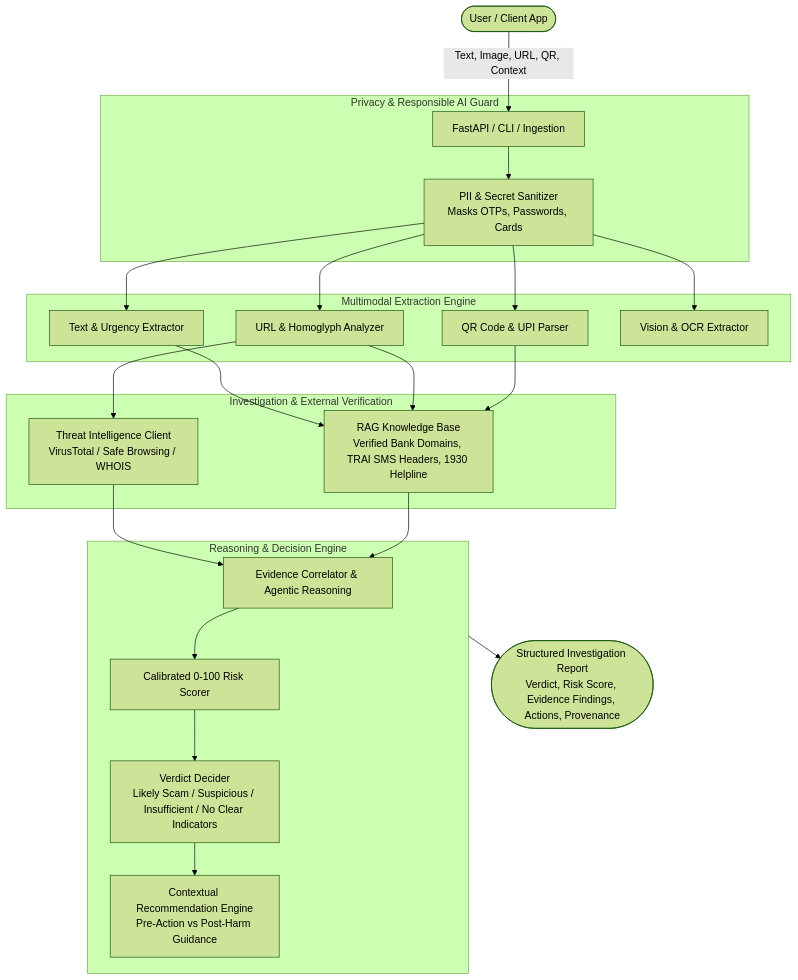
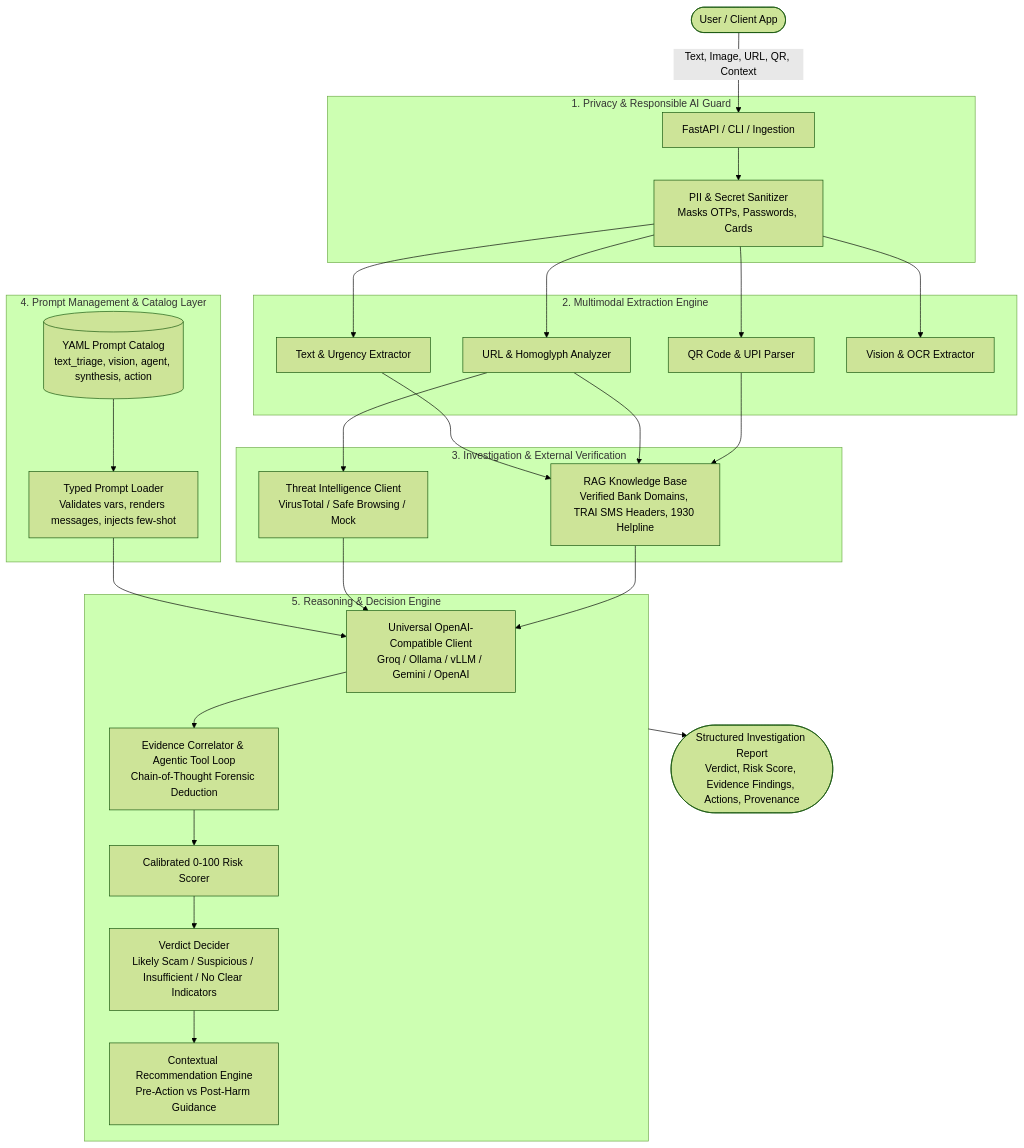
One commit to VishnuGopireddy/ScamLens-AI changed the diagram in docs/architecture.md. Above: the diagram before and after it, drawn with Mermaid (forest theme). The commit also changed other lines of this file and 14 other files, not shown here.

Commit message:
feat: add prompt management catalog, loader, and sample LLM notebook

````diff
--- a/docs/architecture.md
+++ b/docs/architecture.md
@@ -11,30 +11,36 @@
 ```mermaid
 flowchart TD
     User([User / Client App]) -->|Text, Image, URL, QR, Context| API[FastAPI / CLI / Ingestion]
     
-    subgraph PrivacyLayer [Privacy & Responsible AI Guard]
+    subgraph PrivacyLayer [1. Privacy & Responsible AI Guard]
         API --> Redactor[PII & Secret Sanitizer\nMasks OTPs, Passwords, Cards]
     end
 
-    subgraph Extractors [Multimodal Extraction Engine]
+    subgraph Extractors [2. Multimodal Extraction Engine]
         Redactor --> TextExt[Text & Urgency Extractor]
         Redactor --> URLExt[URL & Homoglyph Analyzer]
         Redactor --> QRExt[QR Code & UPI Parser]
         Redactor --> VisionExt[Vision & OCR Extractor]
     end
 
-    subgraph Verification [Investigation & External Verification]
-        URLExt --> ThreatIntel[Threat Intelligence Client\nVirusTotal / Safe Browsing / WHOIS]
+    subgraph Verification [3. Investigation & External Verification]
+        URLExt --> ThreatIntel[Threat Intelligence Client\nVirusTotal / Safe Browsing / Mock]
         TextExt & URLExt & QRExt --> RAG[RAG Knowledge Base\nVerified Bank Domains, TRAI SMS Headers, 1930 Helpline]
     end
 
-    subgraph DecisionEngine [Reasoning & Decision Engine]
-        ThreatIntel --> Correlator[Evidence Correlator & Agentic Reasoning]
-        RAG --> Correlator
+    subgraph PromptLayer [4. Prompt Management & Catalog Layer]
+        PromptYAML[(YAML Prompt Catalog\ntext_triage, vision, agent, synthesis, action)] --> PromptLoader[Typed Prompt Loader\nValidates vars, renders messages, injects few-shot]
+    end
+
+    subgraph DecisionEngine [5. Reasoning & Decision Engine]
+        PromptLoader --> AIClient[Universal OpenAI-Compatible Client\nGroq / Ollama / vLLM / Gemini / OpenAI]
+        ThreatIntel --> AIClient
+        RAG --> AIClient
+        AIClient --> Correlator[Evidence Correlator & Agentic Tool Loop\nChain-of-Thought Forensic Deduction]
         Correlator --> Scorer[Calibrated 0-100 Risk Scorer]
         Scorer --> VerdictClassifier[Verdict Decider\nLikely Scam / Suspicious / Insufficient / No Clear Indicators]
         VerdictClassifier --> RecommendationEngine[Contextual Recommendation Engine\nPre-Action vs Post-Harm Guidance]
     end
 
     DecisionEngine --> Output([Structured Investigation Report\nVerdict, Risk Score, Evidence Findings, Actions, Provenance])
 ```
````
